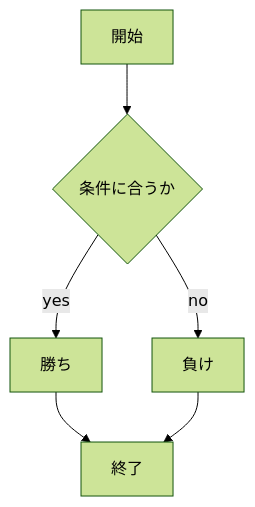
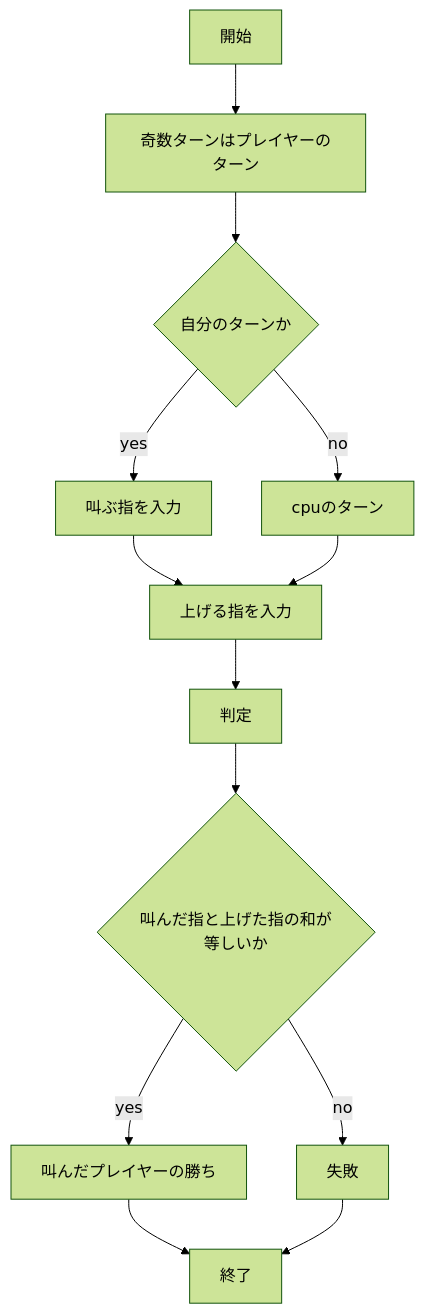
One commit to asa1729/webpro_06 changed the second of 4 diagrams in README.md. Above: the diagram before and after it, drawn with Mermaid (forest theme). The commit also changed other lines of this file and 5 other files, not shown here.

````diff
--- a/README.md
+++ b/README.md
@@ -34,15 +65,28 @@
 ```mermaid
-flowchart TD;
+flowchart TD
 
 start["開始"]
-end1["終了"]
-if{"条件に合うか"}
-win["勝ち"]
-lose["負け"]
+ori["奇数ターンはプレイヤーのターン"]
+play{"自分のターンか"}
+cpu["cpuのターン"]
+say["叫ぶ指を入力"]
+raise["上げる指を入力"]
+judgement["判定"]
+if{"叫んだ指と上げた指の和が等しいか"}
+win["叫んだプレイヤーの勝ち"]
+fault["失敗"]
+rast["終了"]
 
-start --> if
-if -->|yes| win
-win --> end1
-if -->|no| lose
-lose --> end1
+start --> ori
+ori --> play
+play --> |yes|say
+play --> |no|cpu
+say --> raise
+cpu --> raise
+raise --> judgement
+judgement --> if
+if --> |yes|win
+if --> |no|fault
+win --> rast
+fault --> rast
 ```
````
